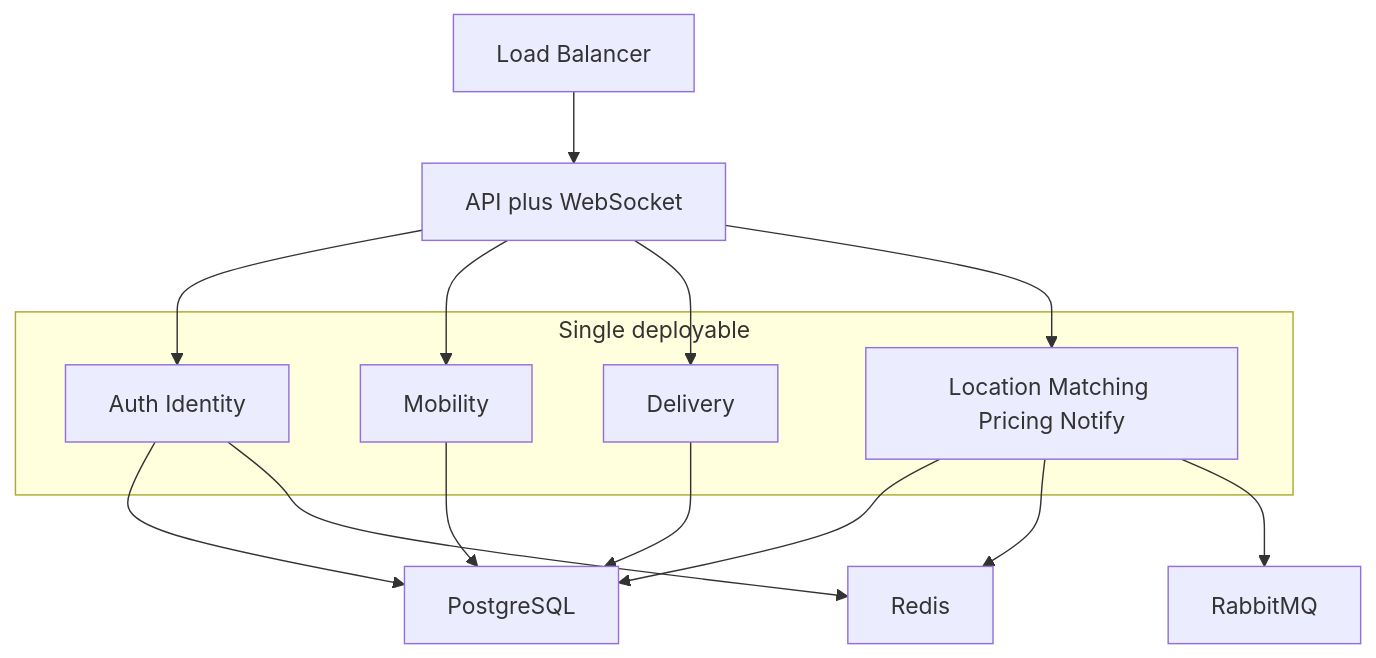
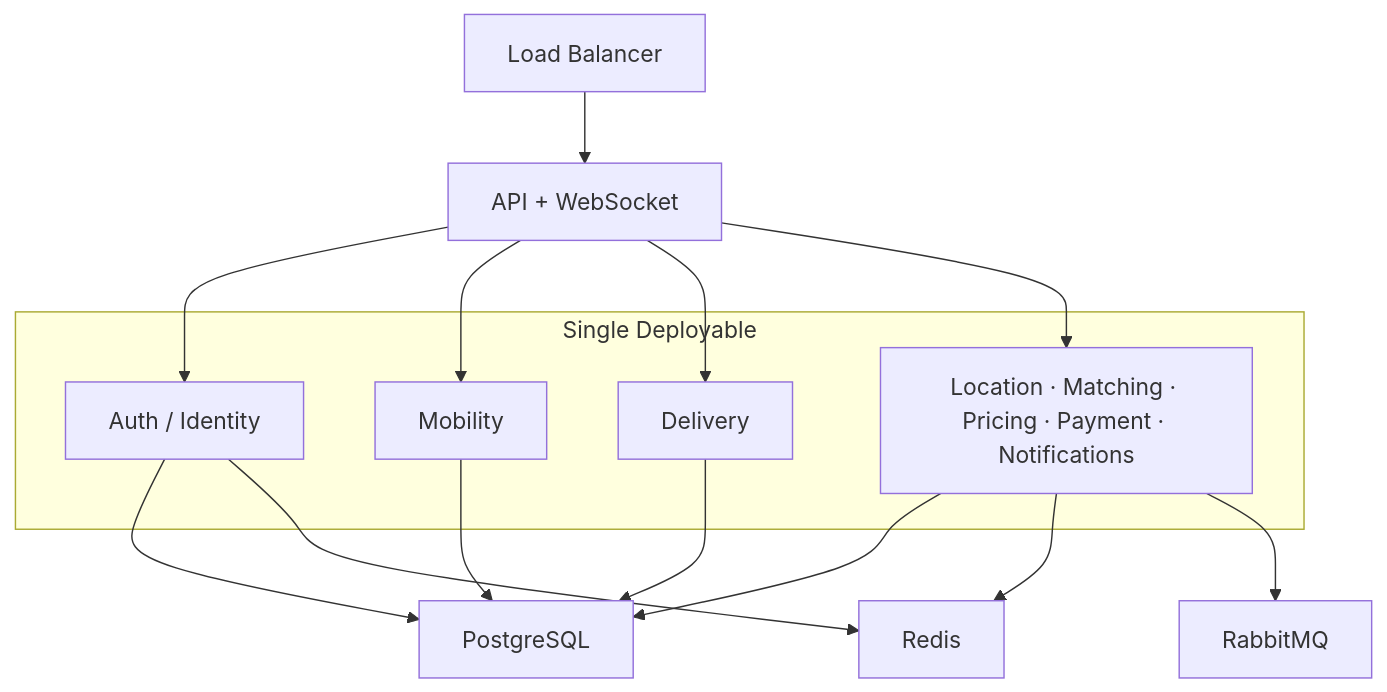
Diagram 16 of 17 in case-studies/mobility-delivery-platform/README.md (mostafiz57/Software-Architecture-Playbook), drawn with Mermaid before and after one commit. The commit also changed other lines of this file, not shown here.

````diff
--- a/case-studies/mobility-delivery-platform/README.md
+++ b/case-studies/mobility-delivery-platform/README.md
@@ -533,21 +500,21 @@
 ```mermaid
 flowchart TB
-  LB["Load Balancer"] --> App["API plus WebSocket"]
-  subgraph AppBox["Single deployable"]
-    Auth["Auth Identity"]
+  LB["Load Balancer"] --> App["API + WebSocket"]
+  subgraph AppBox["Single Deployable"]
+    Auth["Auth / Identity"]
     Mob["Mobility"]
     Del["Delivery"]
-    Plat["Location Matching Pricing Notify"]
+    Plat["Location · Matching · Pricing · Payment · Notifications"]
   end
   App --> Auth
   App --> Mob
   App --> Del
   App --> Plat
   Auth --> PG["PostgreSQL"]
   Mob --> PG
   Del --> PG
   Plat --> PG
   Plat --> Redis["Redis"]
   Auth --> Redis
   Plat --> MQ["RabbitMQ"]
 ```
````
